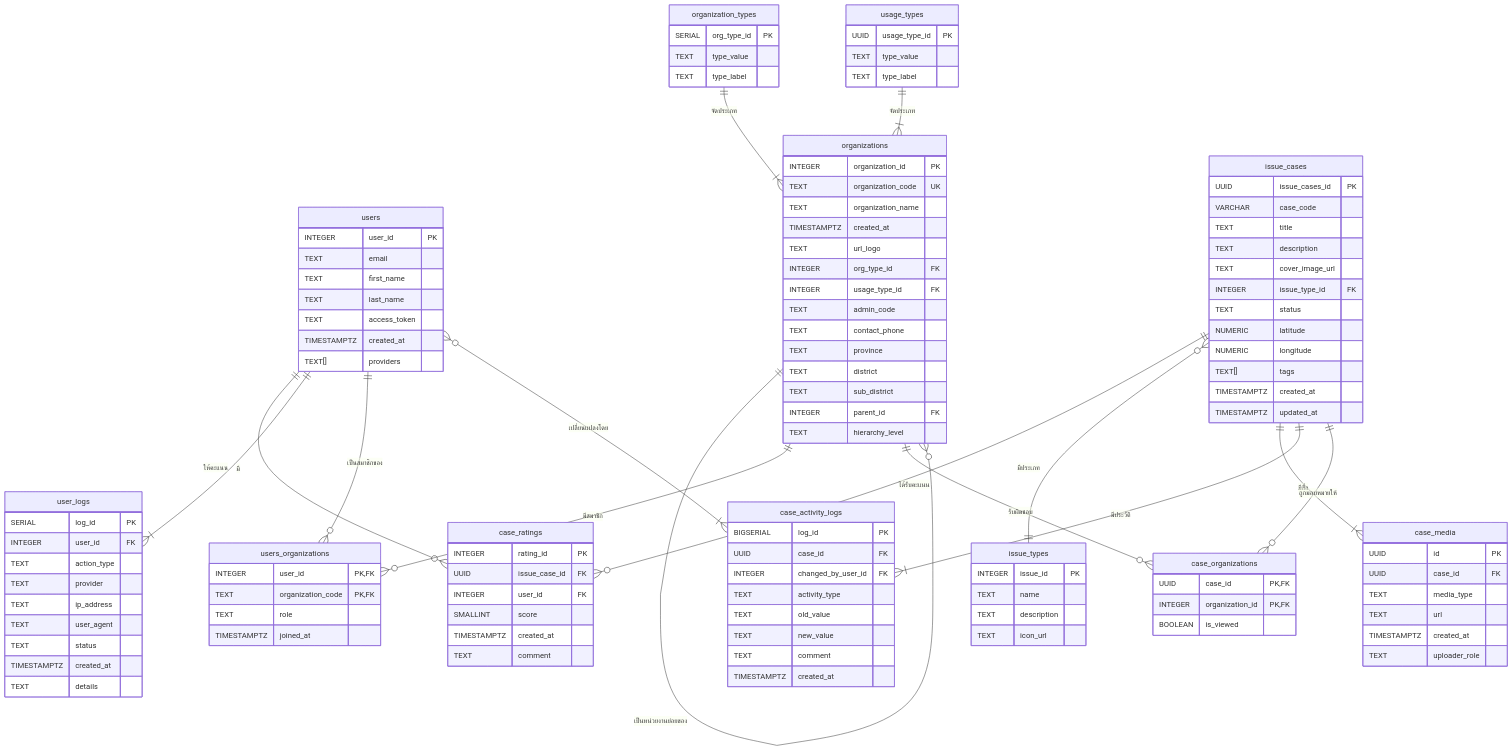
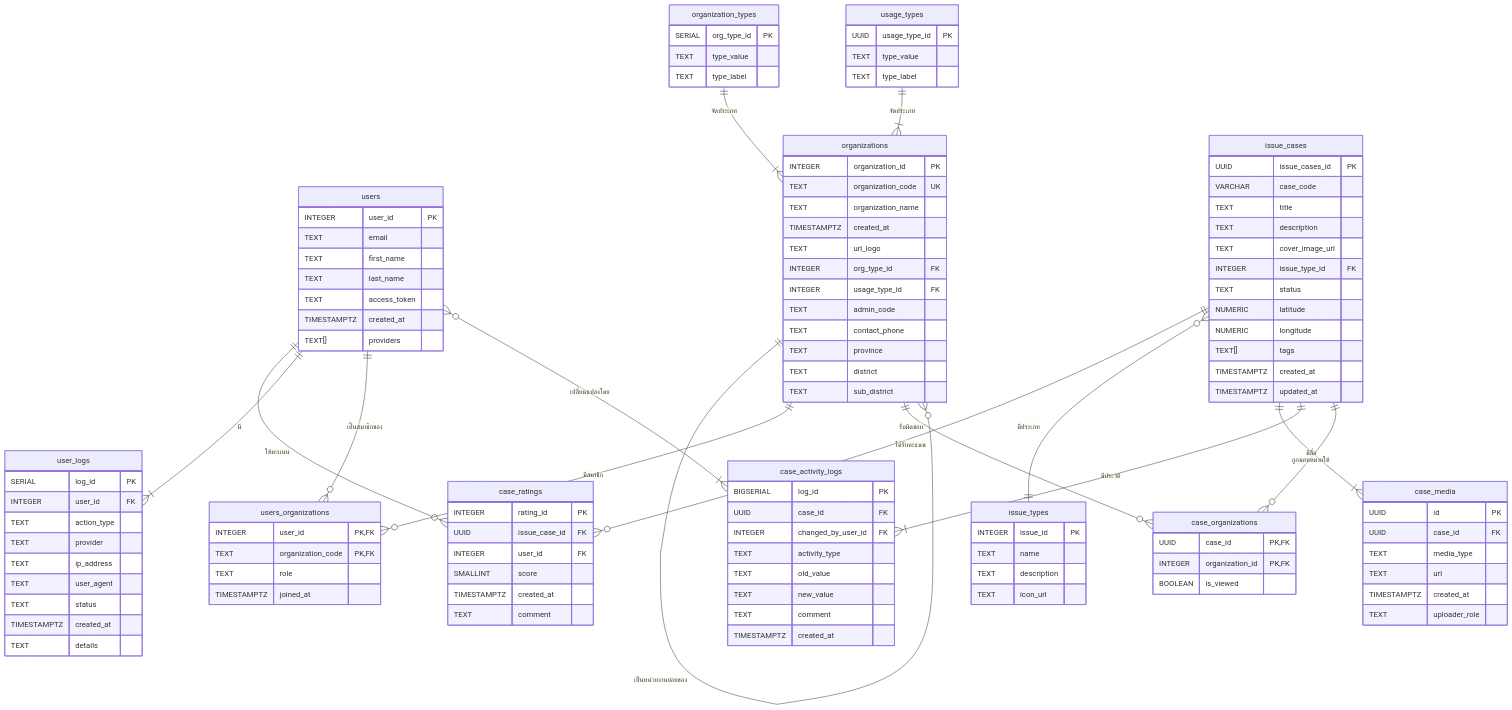
One commit to TanedW/premium_citydata_API_AB changed the diagram in README.md. Above: the diagram before and after it, drawn with Mermaid. The commit also changed 2 other files, not shown here.

```diff
--- a/README.md
+++ b/README.md
@@ -77,8 +77,6 @@
         TEXT province
         TEXT district
         TEXT sub_district
-        INTEGER parent_id FK
-        TEXT hierarchy_level
     }
     organization_types {
         SERIAL org_type_id PK
```
